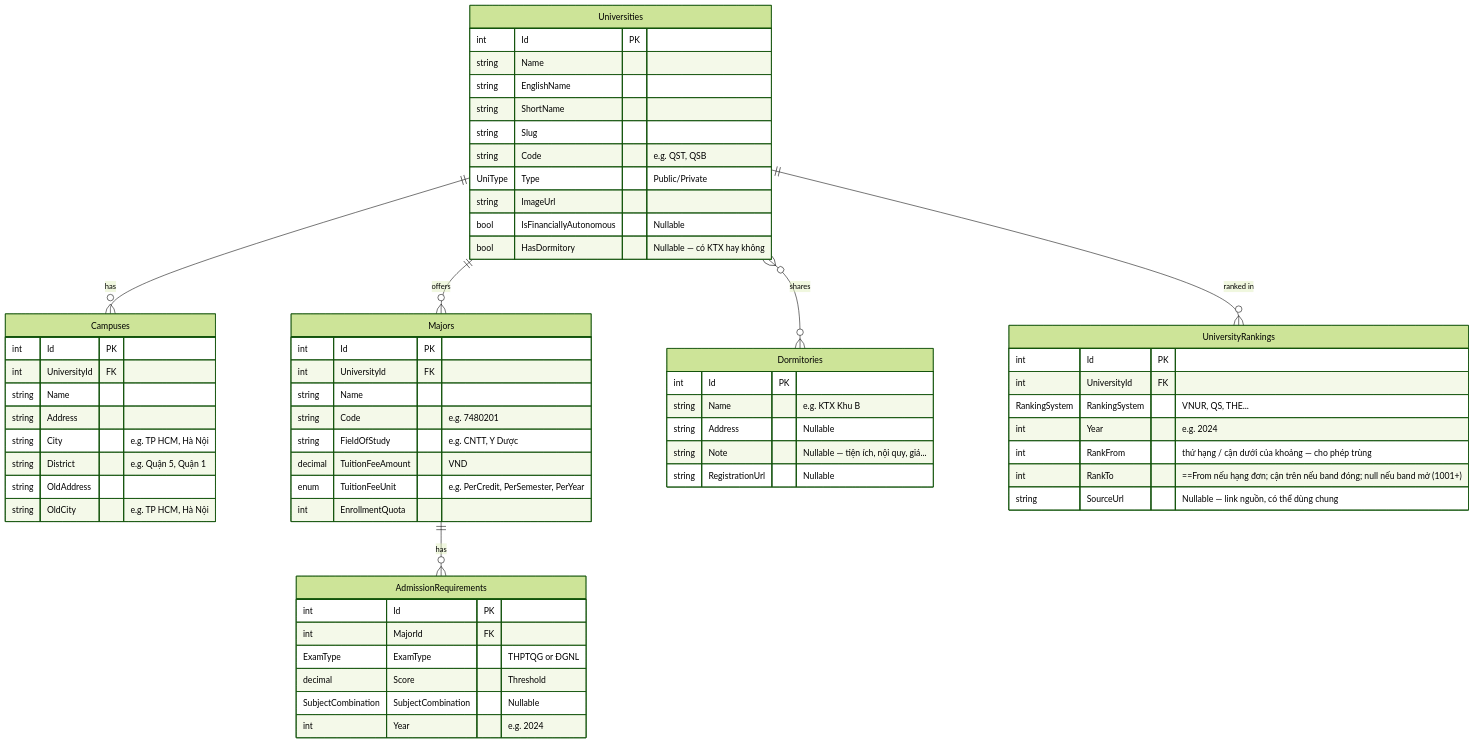
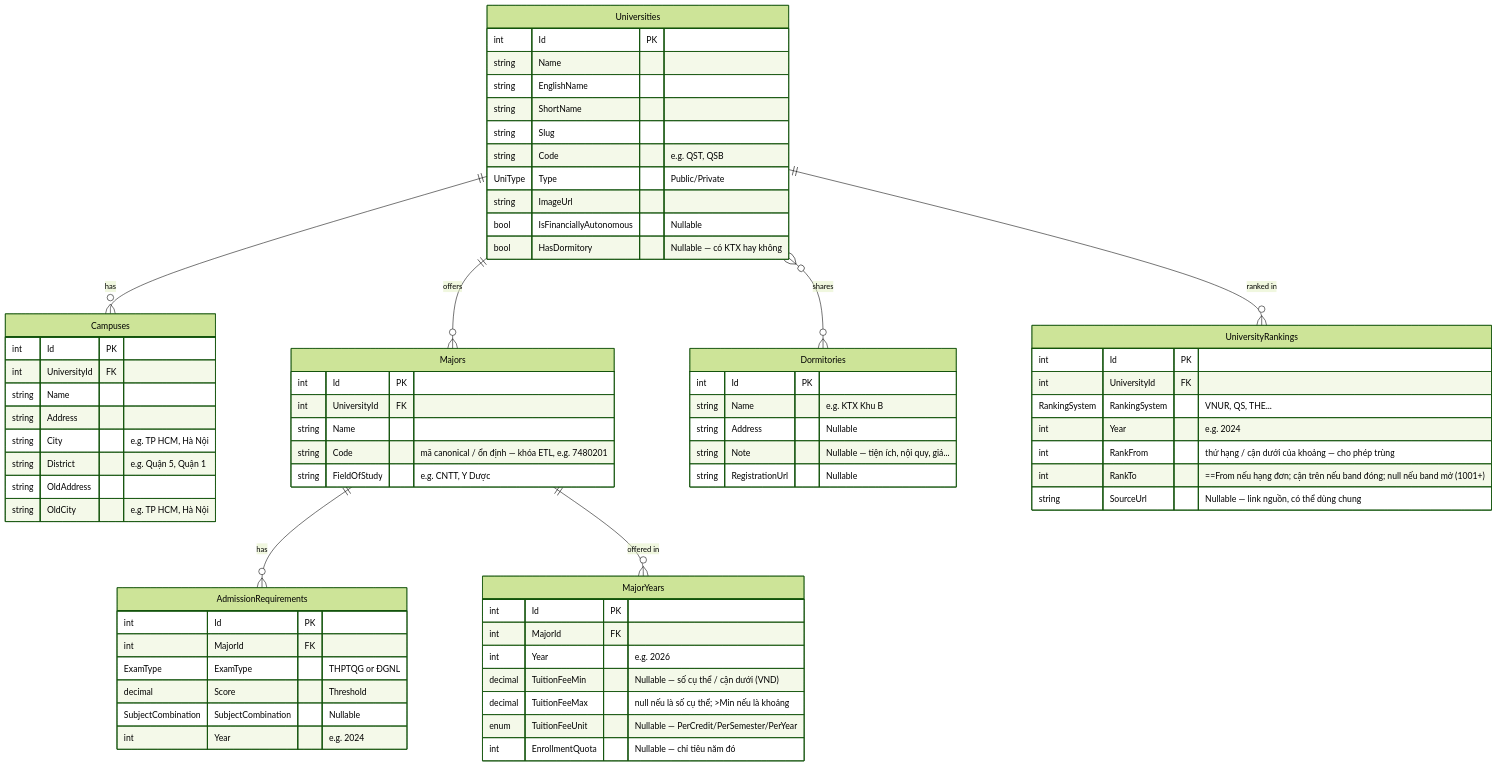
The diagram in docs/ER-model.md (longhuynhdev/TimTruong), drawn with Mermaid (forest theme) before and after one commit. The commit also changed 15 other files, not shown here.

Commit message:
feat(server): add MajorYear table for per-year tuition/quota

````diff
--- a/docs/ER-model.md
+++ b/docs/ER-model.md
@@ -1,70 +1,78 @@
 ```mermaid
 erDiagram
     Universities ||--o{ Campuses : "has"
     Universities ||--o{ Majors : "offers"
     Universities }o--o{ Dormitories : "shares"
     Universities ||--o{ UniversityRankings : "ranked in"
     Majors ||--o{ AdmissionRequirements : "has"
+    Majors ||--o{ MajorYears : "offered in"
 
     Universities {
         int Id PK
         string Name
         string EnglishName
         string ShortName
         string Slug
         string Code "e.g. QST, QSB"
         UniType Type "Public/Private"
         string ImageUrl
         bool IsFinanciallyAutonomous "Nullable"
         bool HasDormitory "Nullable — có KTX hay không"
     }
 
     Dormitories {
         int Id PK
         string Name "e.g. KTX Khu B"
         string Address "Nullable"
         string Note "Nullable — tiện ích, nội quy, giá..."
         string RegistrationUrl "Nullable"
     }
 
     Campuses {
         int Id PK
         int UniversityId FK
         string Name
         string Address
         string City "e.g. TP HCM, Hà Nội"
         string District "e.g. Quận 5, Quận 1"
         string OldAddress
         string OldCity "e.g. TP HCM, Hà Nội"
     }
 
     Majors {
         int Id PK
         int UniversityId FK
         string Name
-        string Code "e.g. 7480201"
+        string Code "mã canonical / ổn định — khóa ETL, e.g. 7480201"
         string FieldOfStudy "e.g. CNTT, Y Dược"
-        decimal TuitionFeeAmount "VND"
-        enum TuitionFeeUnit "e.g. PerCredit, PerSemester, PerYear"
-        int EnrollmentQuota
+    }
+
+    MajorYears {
+        int Id PK
+        int MajorId FK
+        int Year "e.g. 2026"
+        decimal TuitionFeeMin "Nullable — số cụ thể / cận dưới (VND)"
+        decimal TuitionFeeMax "null nếu là số cụ thể; >Min nếu là khoảng"
+        enum TuitionFeeUnit "Nullable — PerCredit/PerSemester/PerYear"
+        int EnrollmentQuota "Nullable — chỉ tiêu năm đó"
     }
 
     AdmissionRequirements {
         int Id PK
         int MajorId FK
         ExamType ExamType "THPTQG or ĐGNL"
         decimal Score "Threshold"
         SubjectCombination SubjectCombination "Nullable"
         int Year "e.g. 2024"
     }
 
     UniversityRankings {
         int Id PK
         int UniversityId FK
         RankingSystem RankingSystem "VNUR, QS, THE..."
         int Year "e.g. 2024"
         int RankFrom "thứ hạng / cận dưới của khoảng — cho phép trùng"
         int RankTo "==From nếu hạng đơn; cận trên nếu band đóng; null nếu band mở (1001+)"
         string SourceUrl "Nullable — link nguồn, có thể dùng chung"
     }
 ```    
````
